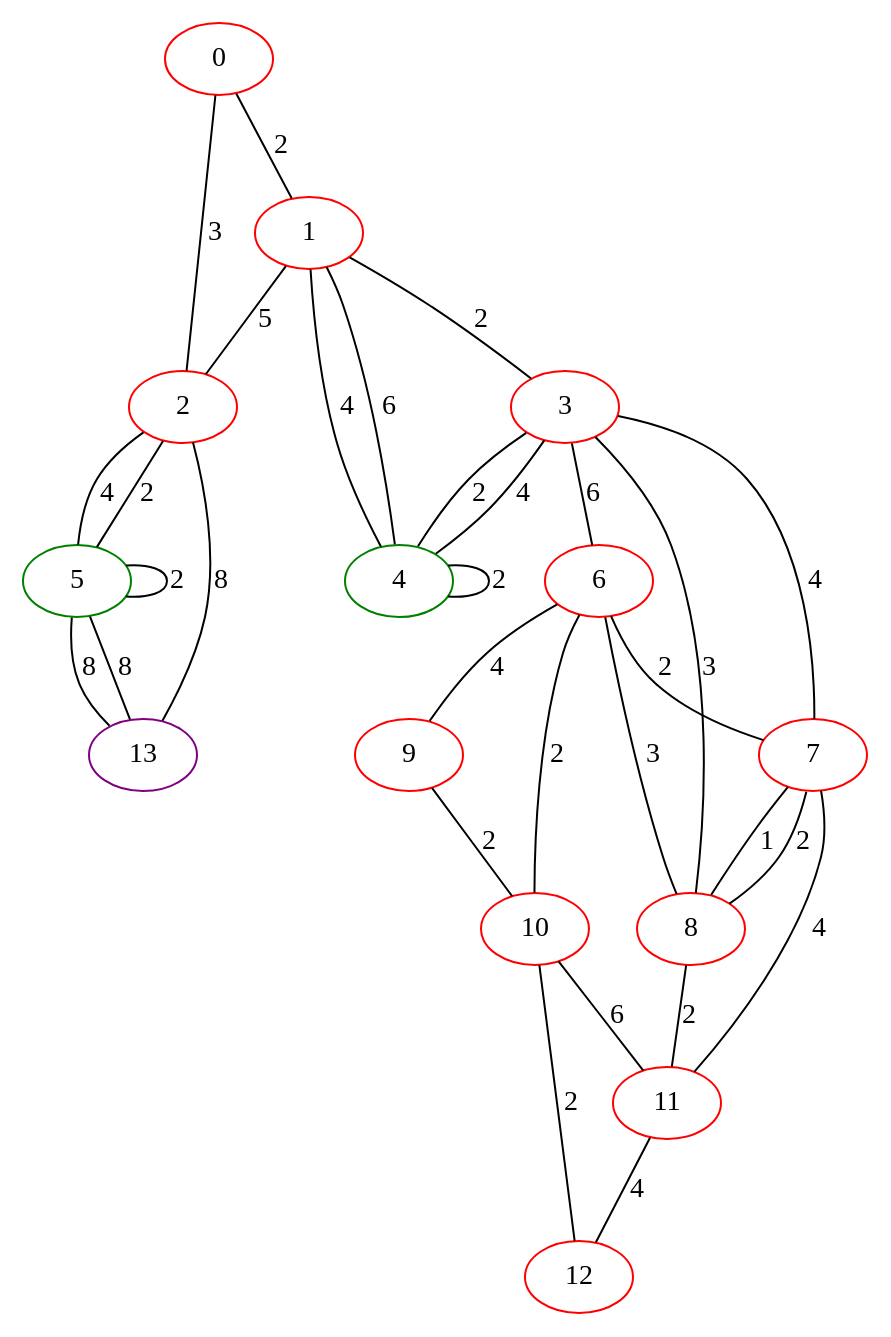
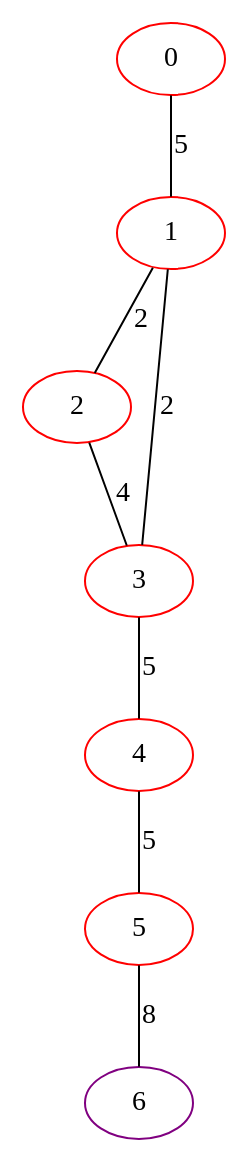
One commit to FelixMcFelix/sip-for-cv-paper changed the diagram in graphviz/dual/hwrt/r-9/train/1724.gv. Above: the diagram before and after it, drawn with Graphviz. The commit also changed 22572 other files, not shown here.

Commit message:
Report changes, more graphs

```diff
--- a/graphviz/dual/hwrt/r-9/train/1724.gv
+++ b/graphviz/dual/hwrt/r-9/train/1724.gv
@@ -1,46 +1,16 @@
 graph "" {
 0 [color=red, weight=1];
 1 [color=red, weight=1];
 2 [color=red, weight=1];
 3 [color=red, weight=1];
-4 [color=green, weight=2];
-5 [color=green, weight=2];
-6 [color=red, weight=1];
-7 [color=red, weight=1];
-8 [color=red, weight=1];
-9 [color=red, weight=1];
-10 [color=red, weight=1];
-11 [color=red, weight=1];
-12 [color=red, weight=1];
-13 [color=purple, weight=4];
-0 -- 1  [key=0, label=2];
-0 -- 2  [key=0, label=3];
-1 -- 2  [key=0, label=5];
+4 [color=red, weight=1];
+5 [color=red, weight=1];
+6 [color=purple, weight=4];
+0 -- 1  [key=0, label=5];
+1 -- 2  [key=0, label=2];
 1 -- 3  [key=0, label=2];
-1 -- 4  [key=0, label=4];
-1 -- 4  [key=1, label=6];
-2 -- 5  [key=0, label=2];
-2 -- 5  [key=1, label=4];
-2 -- 13  [key=0, label=8];
-3 -- 8  [key=0, label=3];
-3 -- 4  [key=0, label=2];
-3 -- 4  [key=1, label=4];
-3 -- 6  [key=0, label=6];
-3 -- 7  [key=0, label=4];
-4 -- 4  [key=0, label=2];
-5 -- 5  [key=0, label=2];
-5 -- 13  [key=0, label=8];
-5 -- 13  [key=1, label=8];
-6 -- 8  [key=0, label=3];
-6 -- 9  [key=0, label=4];
-6 -- 10  [key=0, label=2];
-6 -- 7  [key=0, label=2];
-7 -- 8  [key=0, label=2];
-7 -- 8  [key=1, label=1];
-7 -- 11  [key=0, label=4];
-8 -- 11  [key=0, label=2];
-9 -- 10  [key=0, label=2];
-10 -- 11  [key=0, label=6];
-10 -- 12  [key=0, label=2];
-11 -- 12  [key=0, label=4];
+2 -- 3  [key=0, label=4];
+3 -- 4  [key=0, label=5];
+4 -- 5  [key=0, label=5];
+5 -- 6  [key=0, label=8];
 }
```
